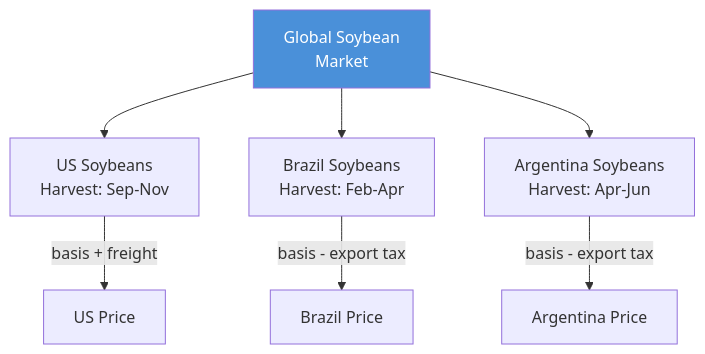
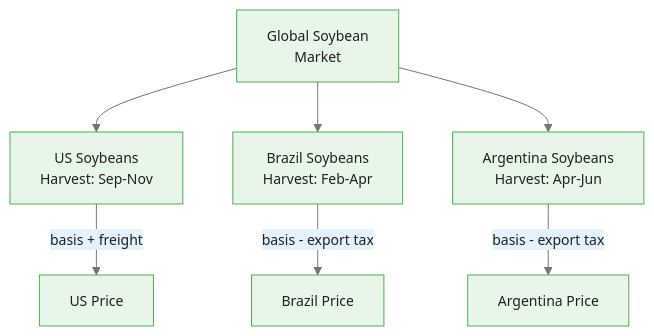
One commit to m-deane/course-creator changed the third of 4 diagrams in courses/bayesian-commodity-forecasting/modules/module_04_hierarchical/guides/03_agricultural_complex_slides.md. Above: the diagram before and after it, drawn with Mermaid. The commit also changed other lines of this file and 104 other files, not shown here.

````diff
--- a/courses/bayesian-commodity-forecasting/modules/module_04_hierarchical/guides/03_agricultural_complex_slides.md
+++ b/courses/bayesian-commodity-forecasting/modules/module_04_hierarchical/guides/03_agricultural_complex_slides.md
@@ -257,10 +269,10 @@
 ```mermaid
+%%{init: {"theme": "base", "themeVariables": {"primaryColor": "#e8f5e9", "primaryBorderColor": "#4caf50", "primaryTextColor": "#212121", "secondaryColor": "#e3f2fd", "tertiaryColor": "#fff8e1", "lineColor": "#757575", "fontFamily": "Inter, sans-serif", "fontSize": "14px"}}}%%
 flowchart TD
     GS["Global Soybean\nMarket"] --> US["US Soybeans\nHarvest: Sep-Nov"]
     GS --> BR["Brazil Soybeans\nHarvest: Feb-Apr"]
     GS --> AR["Argentina Soybeans\nHarvest: Apr-Jun"]
     US --> |"basis + freight"| USP["US Price"]
     BR --> |"basis - export tax"| BRP["Brazil Price"]
     AR --> |"basis - export tax"| ARP["Argentina Price"]
-    style GS fill:#4a90d9,color:#fff
 ```
````
